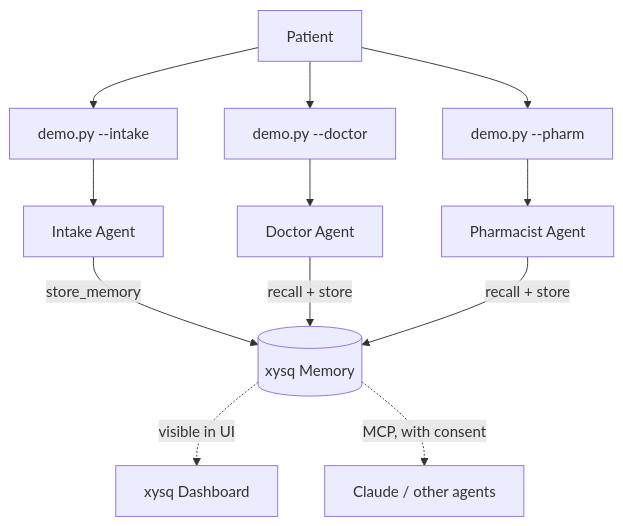
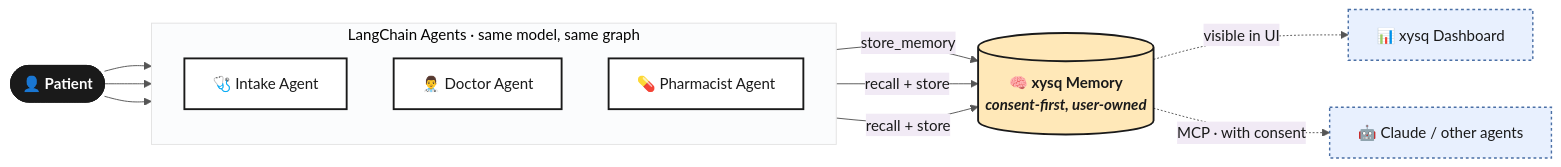
One commit to xysq-ai/Guides-for-Agentic-Development changed the diagram in guides/langchain-healthcare/README.md. Above: the diagram before and after it, drawn with Mermaid.

Commit message:
docs(langchain-healthcare): polish architecture diagram styling

````diff
--- a/guides/langchain-healthcare/README.md
+++ b/guides/langchain-healthcare/README.md
@@ -150,15 +150,36 @@
 ```mermaid
-graph TD
-    P[Patient]
-    P --> I[demo.py --intake]
-    P --> D[demo.py --doctor]
-    P --> Ph[demo.py --pharm]
-    I --> IA[Intake Agent]
-    D --> DA[Doctor Agent]
-    Ph --> PA[Pharmacist Agent]
-    IA -->|store_memory| X[(xysq Memory)]
-    DA -->|recall + store| X
-    PA -->|recall + store| X
-    X -.->|visible in UI| UI[xysq Dashboard]
-    X -.->|MCP, with consent| C[Claude / other agents]
+%%{init: {'theme':'base', 'themeVariables': {
+  'primaryColor':'#F5F1EA',
+  'primaryTextColor':'#1a1a1a',
+  'primaryBorderColor':'#1a1a1a',
+  'lineColor':'#555',
+  'fontFamily':'Outfit, sans-serif'
+}}}%%
+flowchart LR
+    P(["👤 Patient"]):::patient
+
+    subgraph Agents["LangChain Agents · same model, same graph"]
+        direction TB
+        IA["🩺 Intake Agent"]:::agent
+        DA["👨‍⚕️ Doctor Agent"]:::agent
+        PA["💊 Pharmacist Agent"]:::agent
+    end
+
+    P --> IA
+    P --> DA
+    P --> PA
+
+    IA -- "store_memory" --> X
+    DA -- "recall + store" --> X
+    PA -- "recall + store" --> X
+
+    X[("🧠 xysq Memory<br/><i>consent-first, user-owned</i>")]:::memory
+
+    X -.->|"visible in UI"| UI["📊 xysq Dashboard"]:::external
+    X -.->|"MCP · with consent"| C["🤖 Claude / other agents"]:::external
+
+    classDef patient fill:#1a1a1a,stroke:#1a1a1a,color:#fff,font-weight:bold
+    classDef agent fill:#fff,stroke:#1a1a1a,stroke-width:2px,color:#1a1a1a
+    classDef memory fill:#FFE8B8,stroke:#1a1a1a,stroke-width:2px,color:#1a1a1a,font-weight:bold
+    classDef external fill:#E8F0FE,stroke:#4A6FA5,stroke-width:1.5px,color:#1a1a1a,stroke-dasharray:3 3
 ```
````
